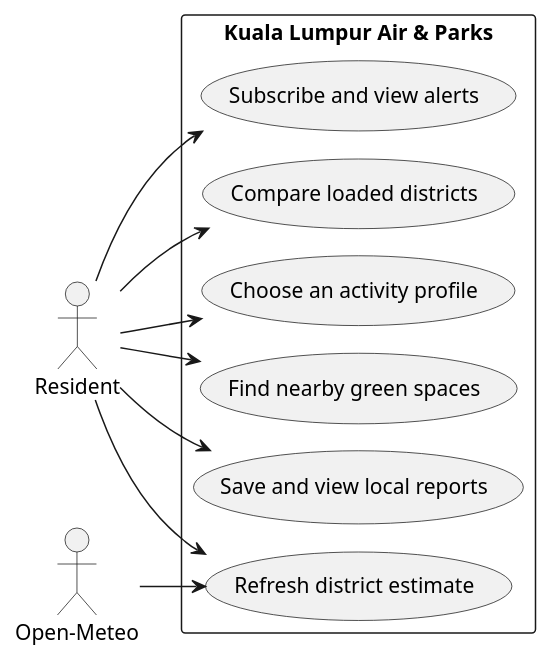
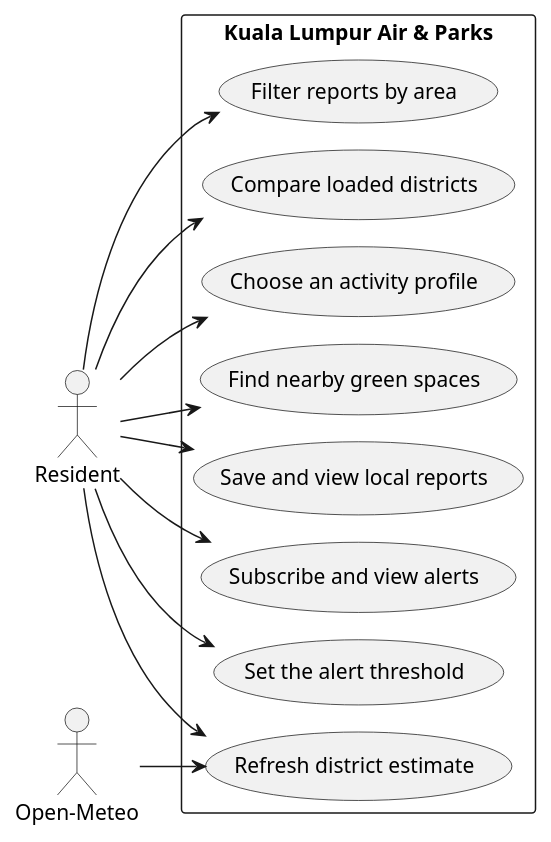
Before and after one commit to ThatsNolz/csc61204-kl-air-and-parks: the diagram in diagrams/use-cases.puml, drawn with PlantUML. The commit also changed 34 other files, not shown here.

First line of the commit message:
Generate UML from source and redraw the architecture and refresh sequence diagrams

```diff
--- a/diagrams/use-cases.puml
+++ b/diagrams/use-cases.puml
@@ -1,22 +1,26 @@
 @startuml
 !pragma layout smetana
 skinparam monochrome true
 left to right direction
 actor Resident
 actor "Open-Meteo" as Provider
 rectangle "Kuala Lumpur Air & Parks" {
   usecase "Refresh district estimate" as Refresh
   usecase "Compare loaded districts" as Compare
   usecase "Choose an activity profile" as Profile
   usecase "Find nearby green spaces" as Parks
   usecase "Save and view local reports" as Report
   usecase "Subscribe and view alerts" as Alert
+  usecase "Set the alert threshold" as Threshold
+  usecase "Filter reports by area" as Filter
 }
 Resident --> Refresh
 Resident --> Compare
 Resident --> Profile
 Resident --> Parks
 Resident --> Report
 Resident --> Alert
+Resident --> Threshold
+Resident --> Filter
 Provider --> Refresh
 @enduml
```
